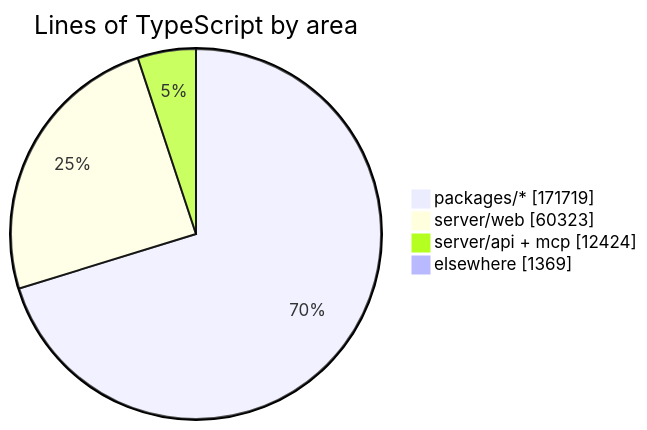
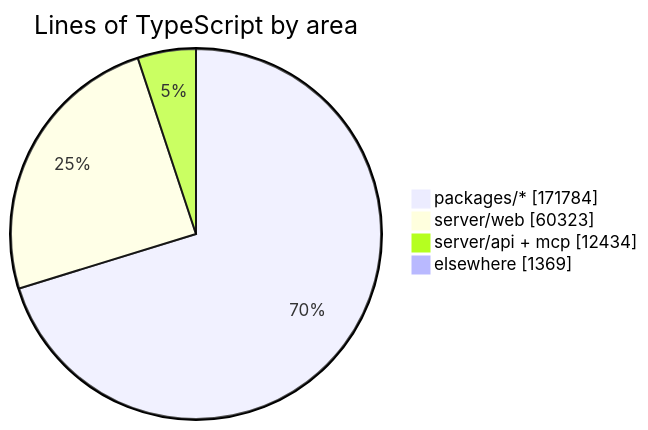
Before and after one commit to crossworks-engineering/mantle: the diagram in README.md, drawn with Mermaid. The commit also changed other lines of this file and 2 other files, not shown here.

````diff
--- a/README.md
+++ b/README.md
@@ -279,7 +279,7 @@
 ```mermaid
 pie showData title Lines of TypeScript by area
-    "packages/*" : 171719
+    "packages/*" : 171784
     "server/web" : 60323
-    "server/api + mcp" : 12424
+    "server/api + mcp" : 12434
     "elsewhere" : 1369
 ```
````
